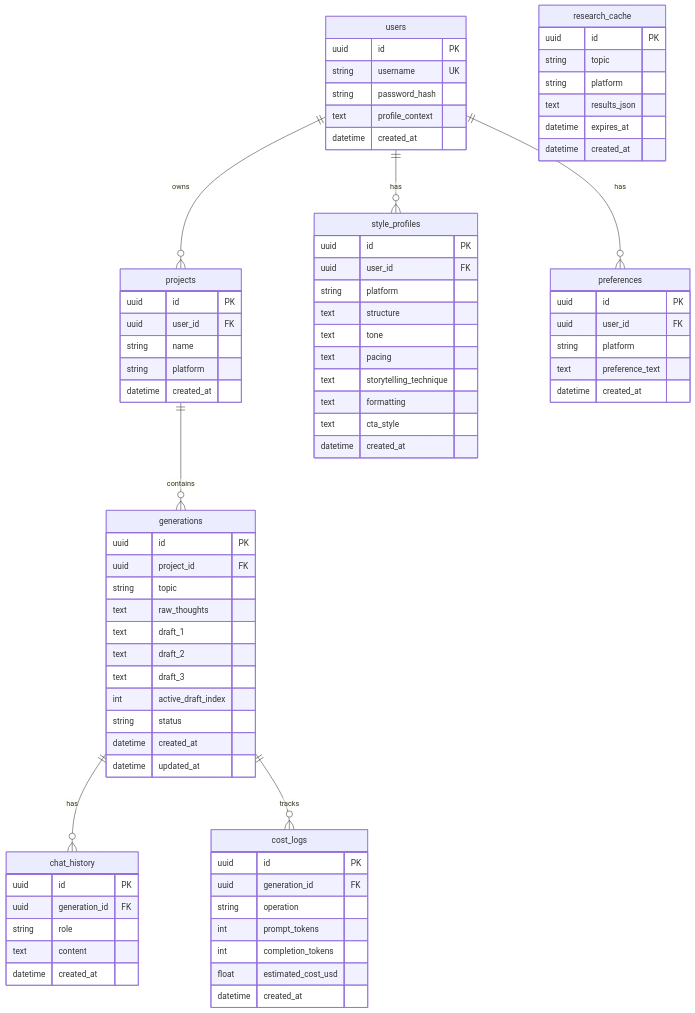
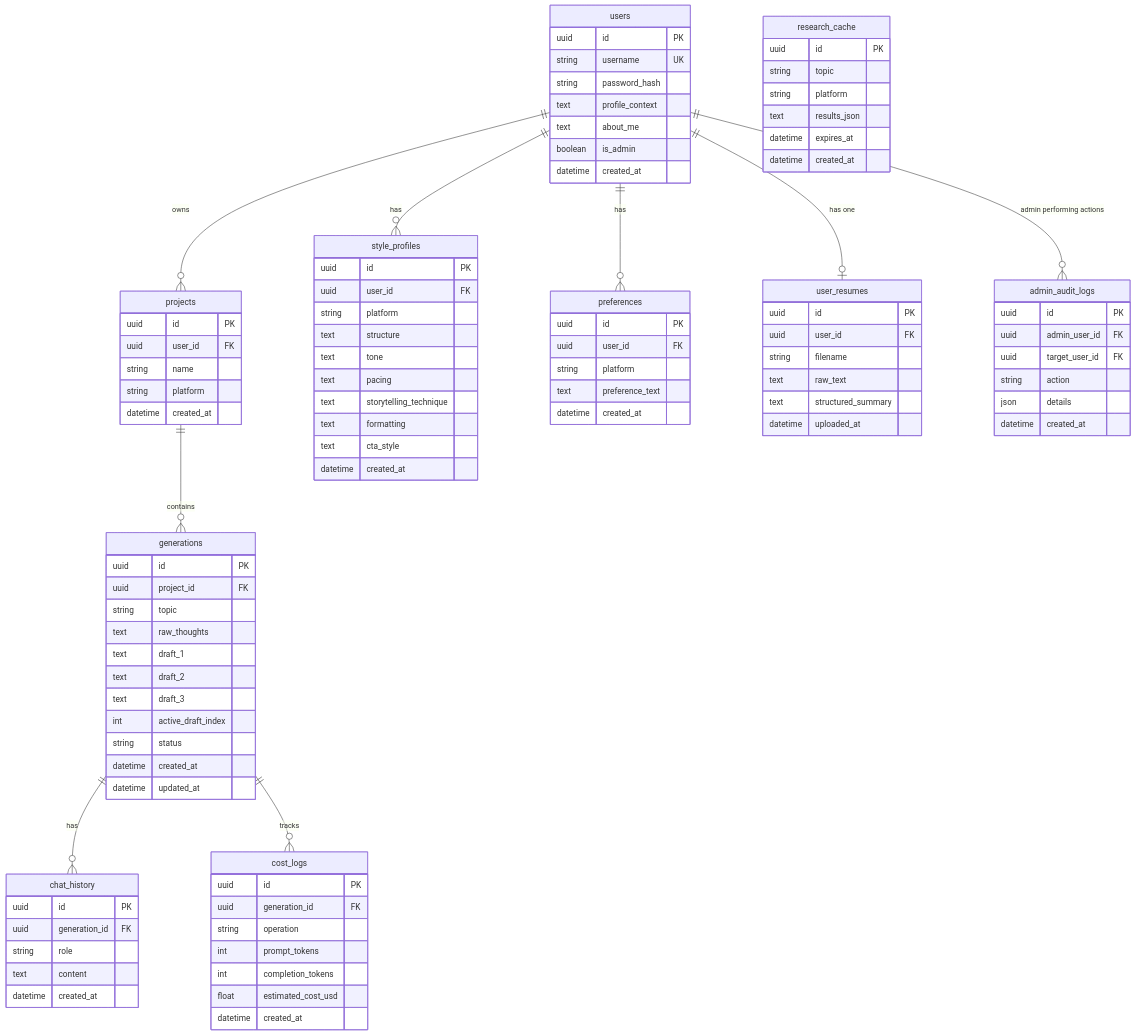
The sixth of 6 diagrams in PROJECT_MASTERY_GUIDE.md (xShikhar/PostCraft-AI), drawn with Mermaid before and after one commit. The commit also changed other lines of this file and 8 other files, not shown here.

```diff
--- a/PROJECT_MASTERY_GUIDE.md
+++ b/PROJECT_MASTERY_GUIDE.md
@@ -1012,6 +1048,8 @@
     users ||--o{ projects : "owns"
     users ||--o{ style_profiles : "has"
     users ||--o{ preferences : "has"
+    users ||--o| user_resumes : "has one"
+    users ||--o{ admin_audit_logs : "admin performing actions"
     projects ||--o{ generations : "contains"
     generations ||--o{ chat_history : "has"
     generations ||--o{ cost_logs : "tracks"
@@ -1022,6 +1060,26 @@
         string username UK
         string password_hash
         text profile_context
+        text about_me
+        boolean is_admin
+        datetime created_at
+    }
+
+    user_resumes {
+        uuid id PK
+        uuid user_id FK
+        string filename
+        text raw_text
+        text structured_summary
+        datetime uploaded_at
+    }
+
+    admin_audit_logs {
+        uuid id PK
+        uuid admin_user_id FK
+        uuid target_user_id FK
+        string action
+        json details
         datetime created_at
     }
 
```
